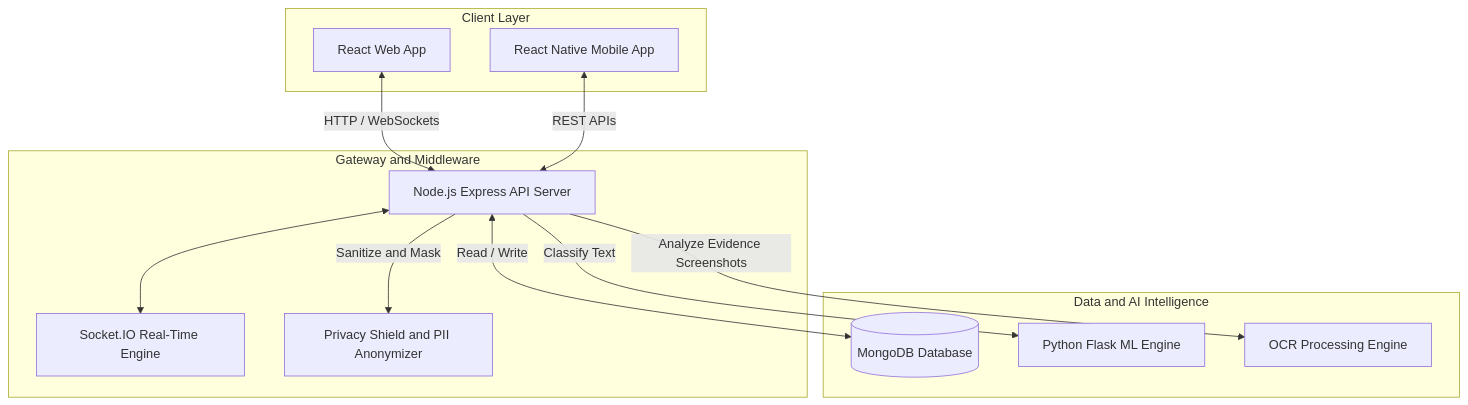
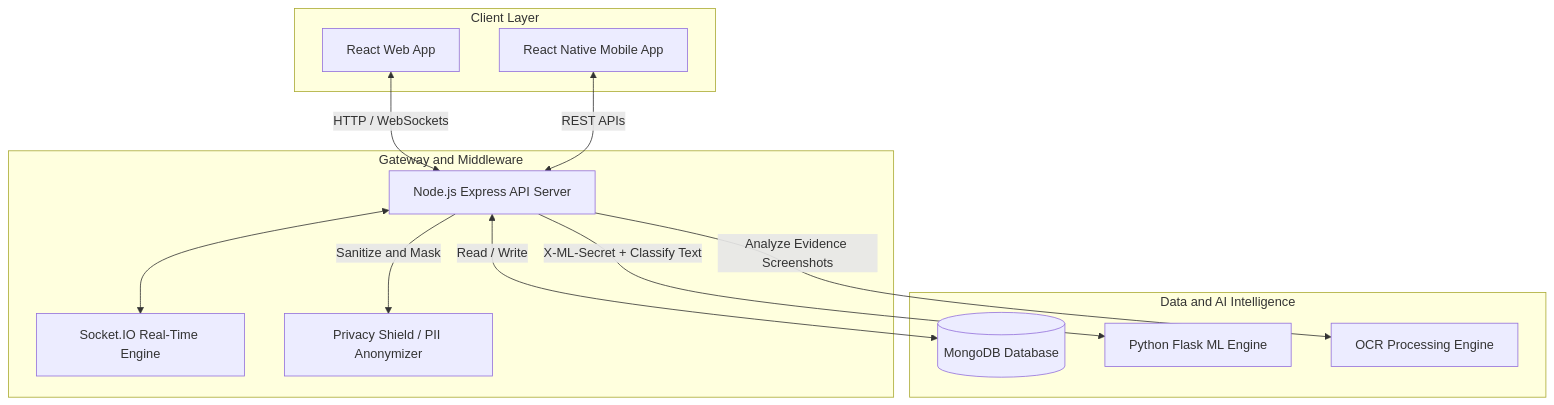
Before and after one commit to mohithkotian/CyberGuard_App: the first of 4 diagrams in README.md, drawn with Mermaid. The commit also changed other lines of this file and 4 other files, not shown here.

````diff
--- a/README.md
+++ b/README.md
@@ -37,27 +60,27 @@
 ```mermaid
 graph TD
     subgraph Client Layer
         A[React Web App]
         B[React Native Mobile App]
     end
 
     subgraph Gateway and Middleware
         C[Node.js Express API Server]
         D[Socket.IO Real-Time Engine]
-        E[Privacy Shield and PII Anonymizer]
+        E[Privacy Shield / PII Anonymizer]
     end
 
     subgraph Data and AI Intelligence
         F[(MongoDB Database)]
         G[Python Flask ML Engine]
         H[OCR Processing Engine]
     end
 
     A <-->|HTTP / WebSockets| C
     B <-->|REST APIs| C
     C <--> D
     C -->|Sanitize and Mask| E
     C <-->|Read / Write| F
-    C -->|Classify Text| G
+    C -->|X-ML-Secret + Classify Text| G
     C -->|Analyze Evidence Screenshots| H
 ```
````
